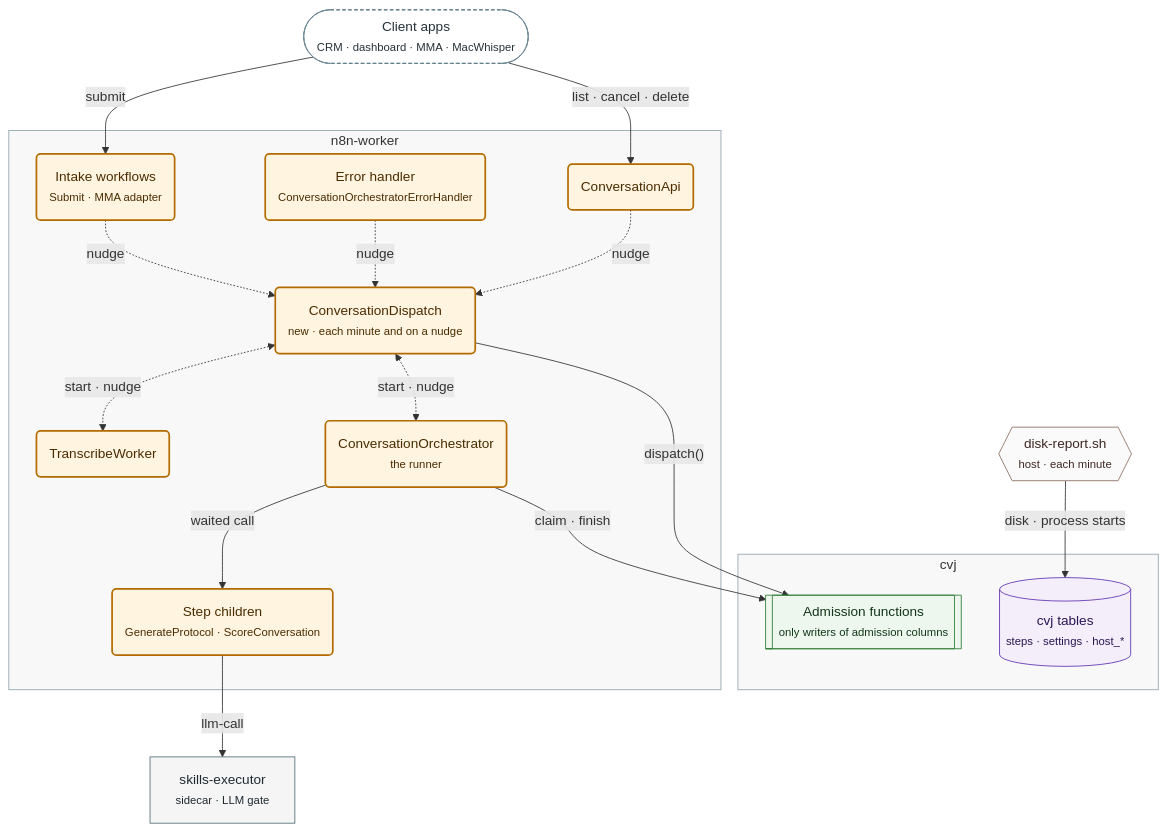
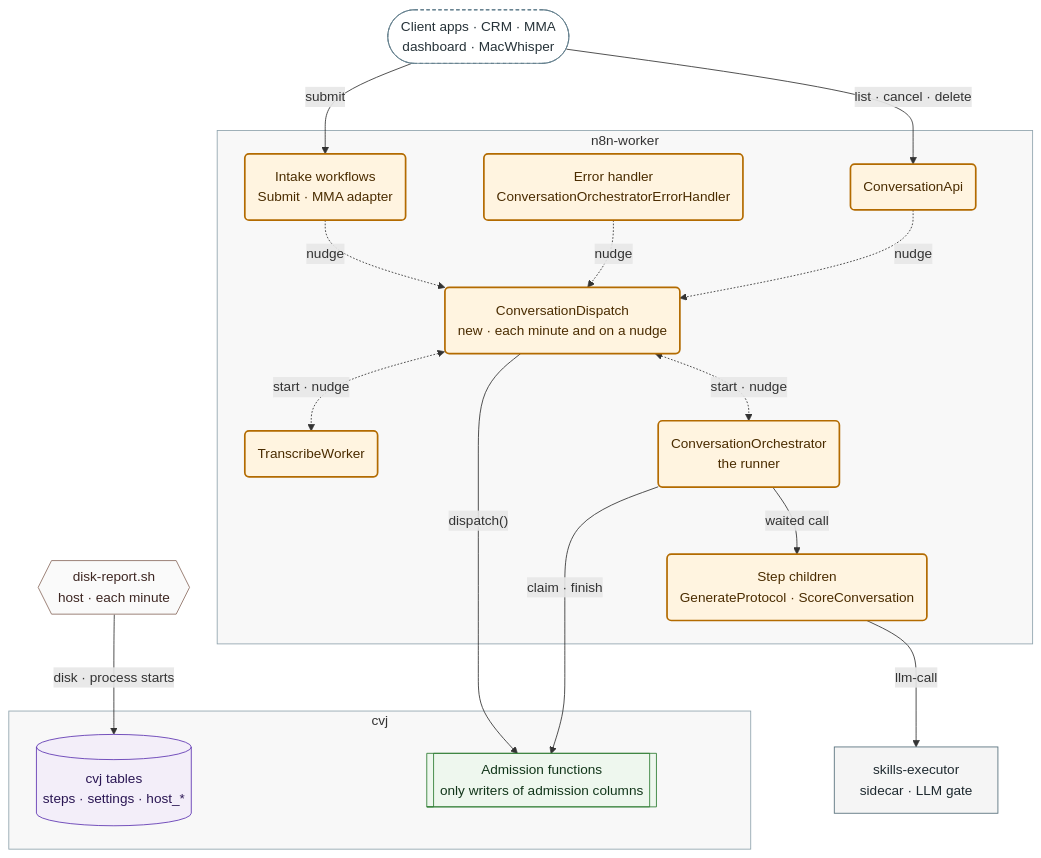
One commit to MatrixFounder/Agentic-development changed the second of 14 diagrams in .agent/skills/mermaid-authoring-guidelines/references/paired-examples.md. Above: the diagram before and after it, drawn with Mermaid. The commit also changed other lines of this file and 41 other files, not shown here.

````diff
--- a/.agent/skills/mermaid-authoring-guidelines/references/paired-examples.md
+++ b/.agent/skills/mermaid-authoring-guidelines/references/paired-examples.md
@@ -111,48 +113,50 @@
 ```mermaid
-%%{init: {"layout": "dagre", "look": "classic", "flowchart": {"nodeSpacing": 45, "rankSpacing": 55, "wrappingWidth": 400}}}%%
+%%{init: {"layout": "dagre", "look": "classic", "flowchart": {"nodeSpacing": 45, "rankSpacing": 55, "wrappingWidth": 400}, "themeCSS": "foreignObject { overflow: visible; }"}}%%
 flowchart TB
   accTitle: Container view
   accDescr: The workflows that nudge ConversationDispatch, the two it starts, and the database, sidecar and host script around them.
-  CLI(["Client apps<br/><small>CRM · dashboard · MMA · MacWhisper</small>"])
+  CLI(["Client apps · CRM · MMA<br/>dashboard · MacWhisper"])
   subgraph N8N["n8n-worker"]
-    INTAKE("Intake workflows<br/><small>Submit · MMA adapter</small>")
-    EH("Error handler<br/><small>ConversationOrchestratorErrorHandler</small>")
+    INTAKE("Intake workflows<br/>Submit · MMA adapter")
+    EH("Error handler<br/>ConversationOrchestratorErrorHandler")
     API("ConversationApi")
-    DSP("ConversationDispatch<br/><small>new · each minute and on a nudge</small>")
+    DSP("ConversationDispatch<br/>new · each minute and on a nudge")
     TW("TranscribeWorker")
-    RUN("ConversationOrchestrator<br/><small>the runner</small>")
-    CH("Step children<br/><small>GenerateProtocol · ScoreConversation</small>")
+    RUN("ConversationOrchestrator<br/>the runner")
+    CH("Step children<br/>GenerateProtocol · ScoreConversation")
   end
   subgraph PG["cvj"]
-    FN[["Admission functions<br/><small>only writers of admission columns</small>"]]
-    TBL[("cvj tables<br/><small>steps · settings · host_*</small>")]
+    TBL[("cvj tables<br/>steps · settings · host_*")]
+    FN[["Admission functions<br/>only writers of admission columns"]]
   end
-  SE["skills-executor<br/><small>sidecar · LLM gate</small>"]
-  HOST{{"disk-report.sh<br/><small>host · each minute</small>"}}
+  SE["skills-executor<br/>sidecar · LLM gate"]
+  HOST{{"disk-report.sh<br/>host · each minute"}}
   CLI -->|submit| INTAKE
   INTAKE -.->|nudge| DSP
   EH -.->|nudge| DSP
   CLI -->|"list · cancel · delete"| API
   API -.->|nudge| DSP
   DSP <-.->|"start · nudge"| TW
   DSP <-.->|"start · nudge"| RUN
   RUN -->|"waited call"| CH
   DSP -->|"dispatch()"| FN
   RUN -->|"claim · finish"| FN
   CH -->|"llm-call"| SE
   HOST -->|"disk · process starts"| TBL
+  %% layout only
+  CH ~~~ FN
   classDef ext fill:#FFFFFF,stroke:#607D8B,color:#263238,stroke-dasharray:4 3
   classDef wfNew fill:#FFF4E0,stroke:#B36B00,color:#4A2C00,stroke-width:2px
   classDef fn fill:#EEF7EE,stroke:#2E7D32,color:#12361A
   classDef db fill:#F3EEF9,stroke:#5E35B1,color:#2A1653
   classDef svc fill:#F5F5F5,stroke:#546E7A,color:#1F2A30
   classDef infra fill:#FAFAFA,stroke:#8D6E63,color:#3E2723
   class CLI ext
   class INTAKE,API,EH,DSP,TW,RUN,CH wfNew
   class FN fn
   class TBL db
   class SE svc
   class HOST infra
   style N8N fill:#7F7F7F0D,stroke:#90A4AE
   style PG fill:#7F7F7F0D,stroke:#90A4AE
 ```
````
